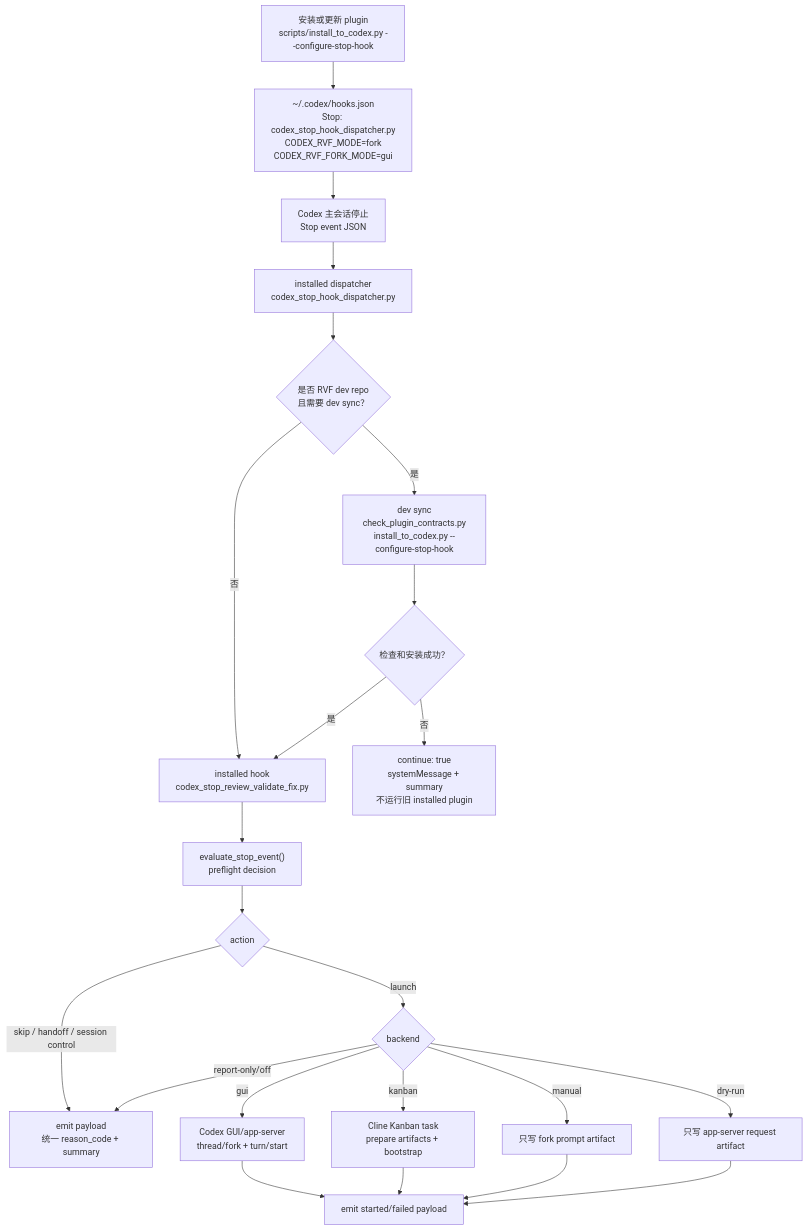
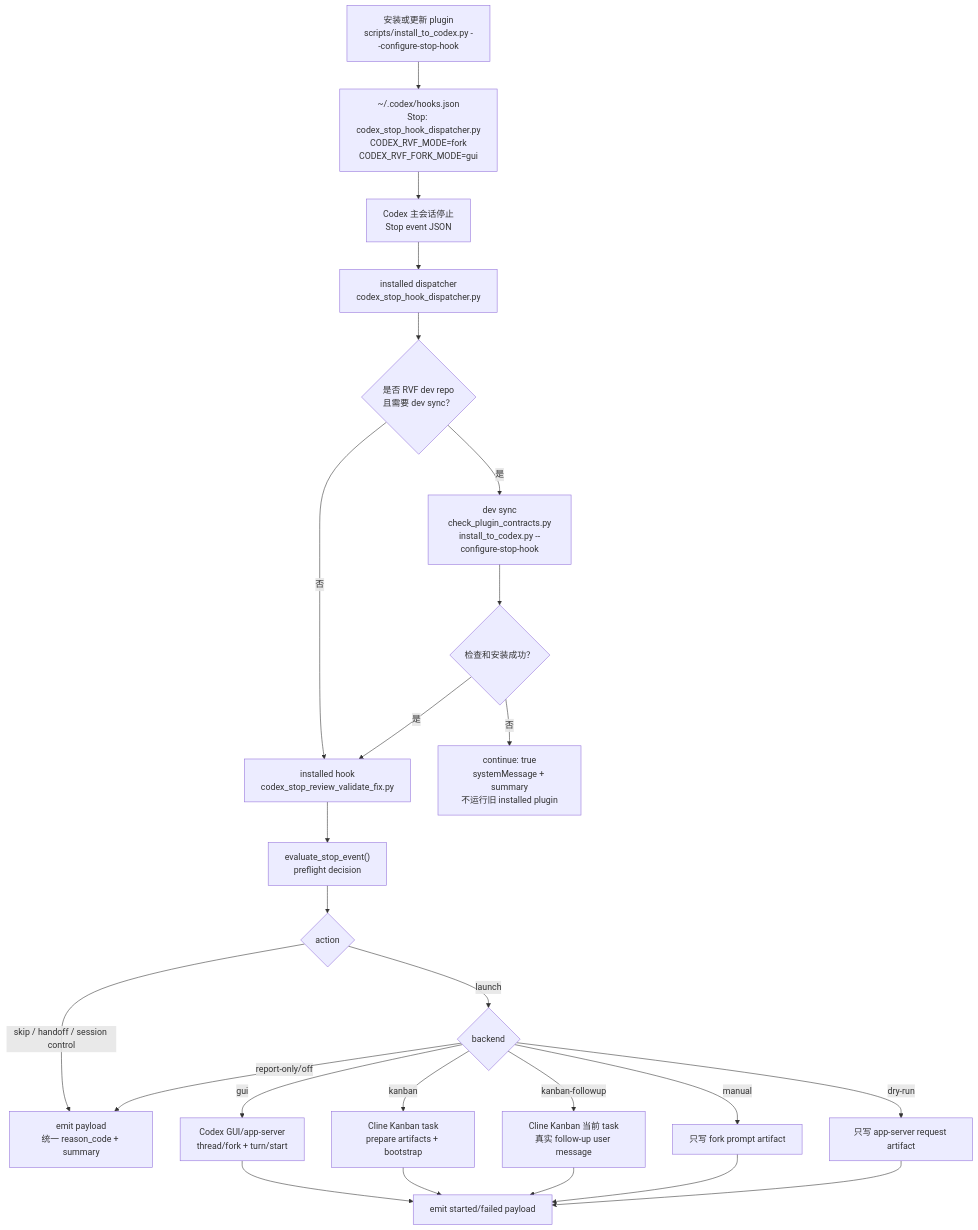
One commit to RealmX1/review-validate-fix changed the diagram in README.md. Above: the diagram before and after it, drawn with Mermaid. The commit also changed other lines of this file and 10 other files, not shown here.

First line of the commit message:
feat: 添加 Kanban follow-up RVF 调度

````diff
--- a/README.md
+++ b/README.md
@@ -147,29 +155,31 @@
 ```mermaid
 flowchart TD
     Install["安装或更新 plugin\nscripts/install_to_codex.py --configure-stop-hook"] --> Hooks["~/.codex/hooks.json\nStop: codex_stop_hook_dispatcher.py\nCODEX_RVF_MODE=fork\nCODEX_RVF_FORK_MODE=gui"]
     Hooks --> Stop["Codex 主会话停止\nStop event JSON"]
     Stop --> Dispatcher["installed dispatcher\ncodex_stop_hook_dispatcher.py"]
 
     Dispatcher --> DevCheck{"是否 RVF dev repo\n且需要 dev sync？"}
     DevCheck -- "否" --> InstalledHook["installed hook\ncodex_stop_review_validate_fix.py"]
     DevCheck -- "是" --> Sync["dev sync\ncheck_plugin_contracts.py\ninstall_to_codex.py --configure-stop-hook"]
     Sync --> SyncOk{"检查和安装成功？"}
     SyncOk -- "否" --> BlockingFail["continue: true\nsystemMessage + summary\n不运行旧 installed plugin"]
     SyncOk -- "是" --> InstalledHook
 
     InstalledHook --> Evaluate["evaluate_stop_event()\npreflight decision"]
     Evaluate --> Decision{"action"}
     Decision -- "skip / handoff / session control" --> Skip["emit payload\n统一 reason_code + summary"]
     Decision -- "launch" --> Backend{"backend"}
 
     Backend -- "gui" --> Gui["Codex GUI/app-server\nthread/fork + turn/start"]
     Backend -- "kanban" --> Kanban["Cline Kanban task\nprepare artifacts + bootstrap"]
+    Backend -- "kanban-followup" --> KanbanFollowup["Cline Kanban 当前 task\n真实 follow-up user message"]
     Backend -- "manual" --> Manual["只写 fork prompt artifact"]
     Backend -- "dry-run" --> DryRun["只写 app-server request artifact"]
     Backend -- "report-only/off" --> Skip
 
     Gui --> Result["emit started/failed payload"]
     Kanban --> Result
+    KanbanFollowup --> Result
     Manual --> Result
     DryRun --> Result
 ```
````
